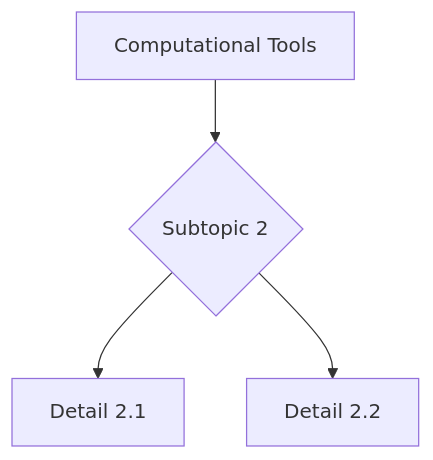
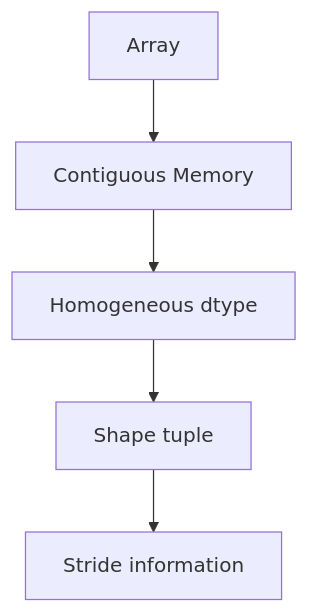
The second of 5 diagrams in 02_MSc_DataDriven_Modeling/core_courses/MSDM_5001/README.md (yip-lgtm/PhysicsSelfStudy), drawn with Mermaid before and after one commit. The commit also changed other lines of this file and 21 other files, not shown here.

Commit message:
PhysicsSelfStudy: MSc QFT/String/AdS-CFT/Cosmology/Particle/Neutrino/QI/TQC + MSDM computational tools (batch v2 completed)

````diff
--- a/02_MSc_DataDriven_Modeling/core_courses/MSDM_5001/README.md
+++ b/02_MSc_DataDriven_Modeling/core_courses/MSDM_5001/README.md
@@ -267,6 +310,7 @@
 ```mermaid
 graph TD
-    A[Computational Tools] --> B{Subtopic 2}
-    B --> C[Detail 2.1]
-    B --> D[Detail 2.2]
+    A[Array] --> B[Contiguous Memory]
+    B --> C[Homogeneous dtype]
+    C --> D[Shape tuple]
+    D --> E[Stride information]
 ```
````
